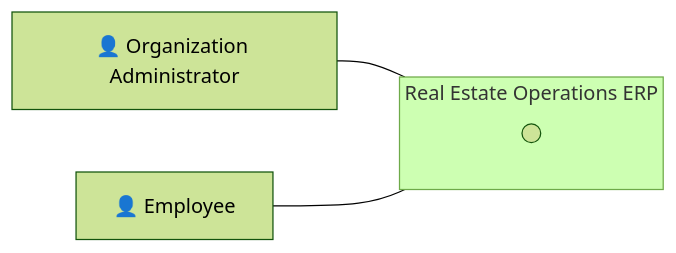
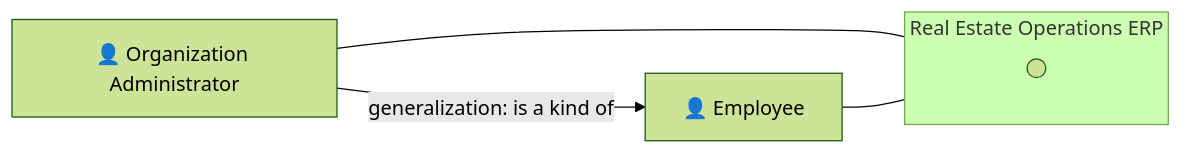
One commit to hamzAmbarki2/ERP changed the diagram in docs/phase-1/model/01-uml-diagrams.md. Above: the diagram before and after it, drawn with Mermaid (forest theme). The commit also changed other lines of this file, not shown here.

First line of the commit message:
Use case diagram step 2: administrator is a kind of employee

````diff
--- a/docs/phase-1/model/01-uml-diagrams.md
+++ b/docs/phase-1/model/01-uml-diagrams.md
@@ -32,13 +32,14 @@
 ``` mermaid
 flowchart LR
     AD["👤 Organization Administrator"]
     EM["👤 Employee"]
 
     subgraph ERP["Real Estate Operations ERP"]
         direction TB
         X(( ))
     end
 
     AD --- ERP
     EM --- ERP
+    AD -->|"generalization: is a kind of"| EM
 ```
````
